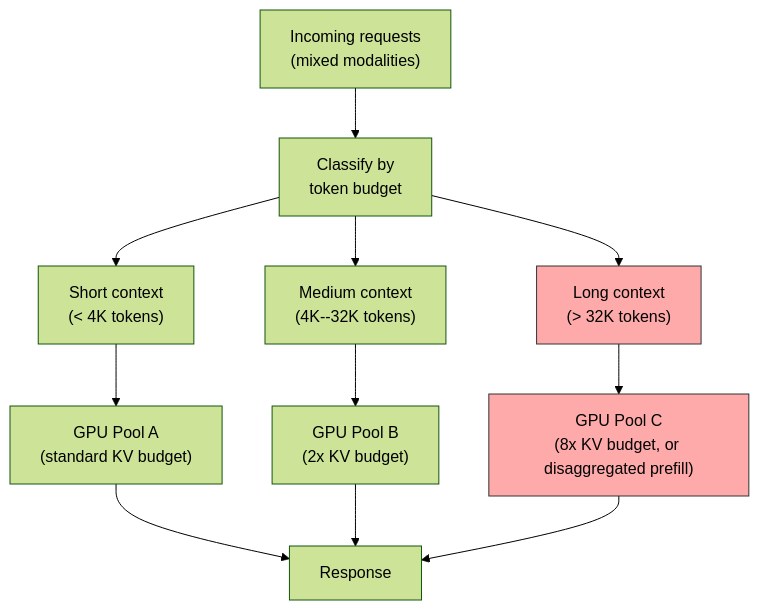
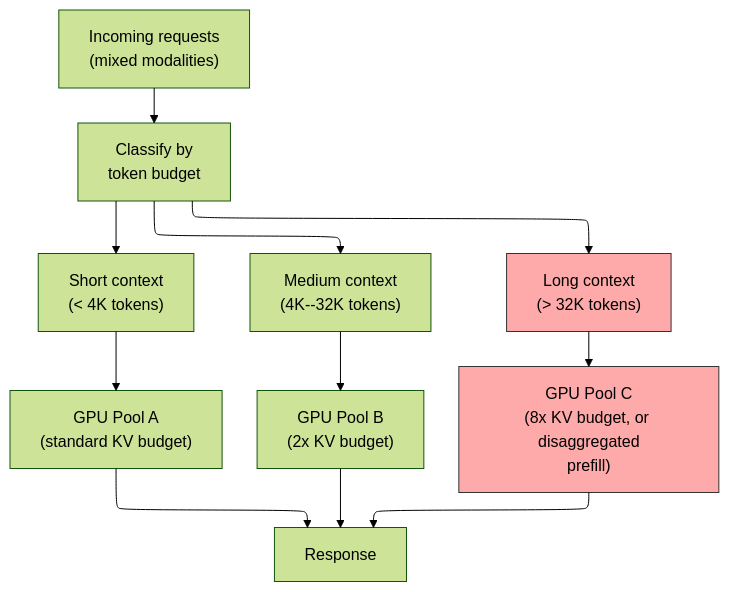
The sixth of 6 diagrams in ai_infra/L8_Inference_and_Serving/Multimodal_Inference.md (Wty2003328/ai_infra_intro), drawn with Mermaid (forest theme) before and after one commit. The commit also changed other lines of this file and 108 other files, not shown here.

````diff
--- a/ai_infra/L8_Inference_and_Serving/Multimodal_Inference.md
+++ b/ai_infra/L8_Inference_and_Serving/Multimodal_Inference.md
@@ -469,18 +474,19 @@
 ```mermaid
+%%{init: {"flowchart": {"defaultRenderer": "elk", "nodeSpacing": 60, "rankSpacing": 60, "htmlLabels": false}}}%%
 flowchart TD
     REQ["Incoming requests<br/>(mixed modalities)"] --> CLS["Classify by<br/>token budget"]
     CLS --> SHORT["Short context<br/>(< 4K tokens)"]
     CLS --> MED["Medium context<br/>(4K--32K tokens)"]
     CLS --> LONG["Long context<br/>(> 32K tokens)"]
 
     SHORT --> POOL1["GPU Pool A<br/>(standard KV budget)"]
     MED --> POOL2["GPU Pool B<br/>(2x KV budget)"]
-    LONG --> POOL3["GPU Pool C<br/>(8x KV budget, or disaggregated prefill)"]
+    LONG --> POOL3["GPU Pool C<br/>(8x KV budget, or disaggregated<br/>prefill)"]
 
     POOL1 --> OUT["Response"]
     POOL2 --> OUT
     POOL3 --> OUT
 
     style LONG fill:#faa,stroke:#333
     style POOL3 fill:#faa,stroke:#333
 ```
````
